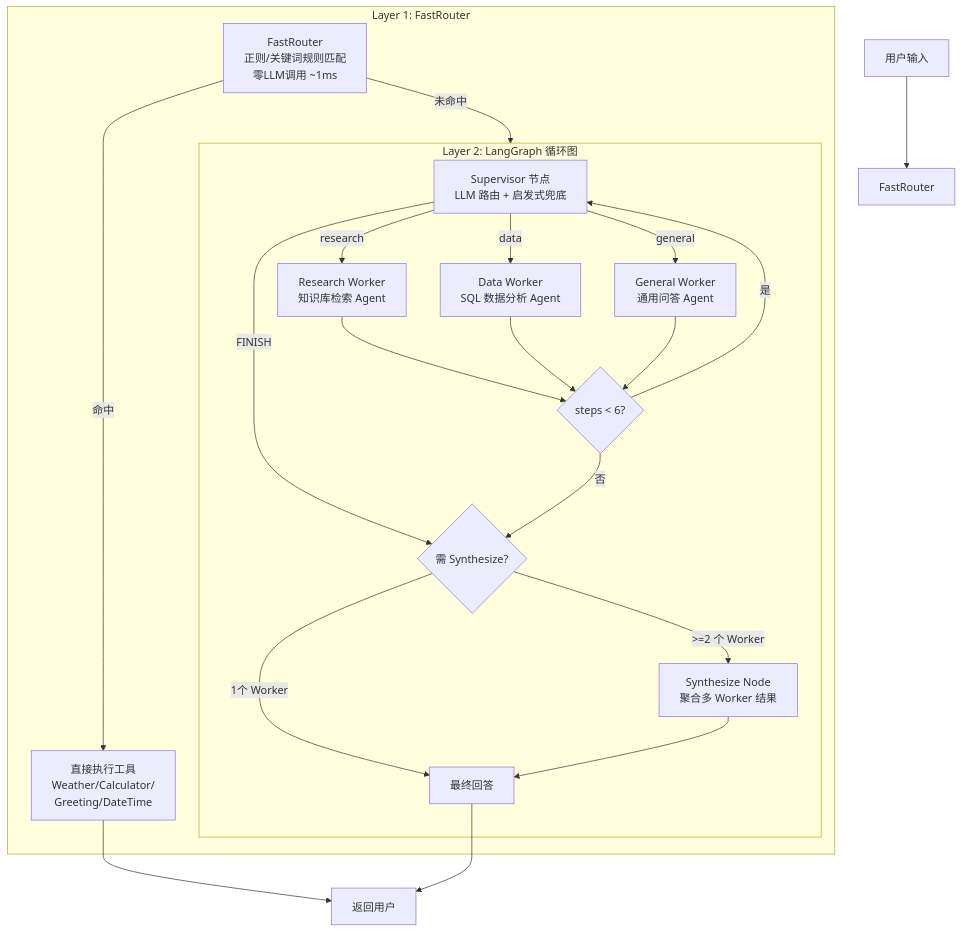
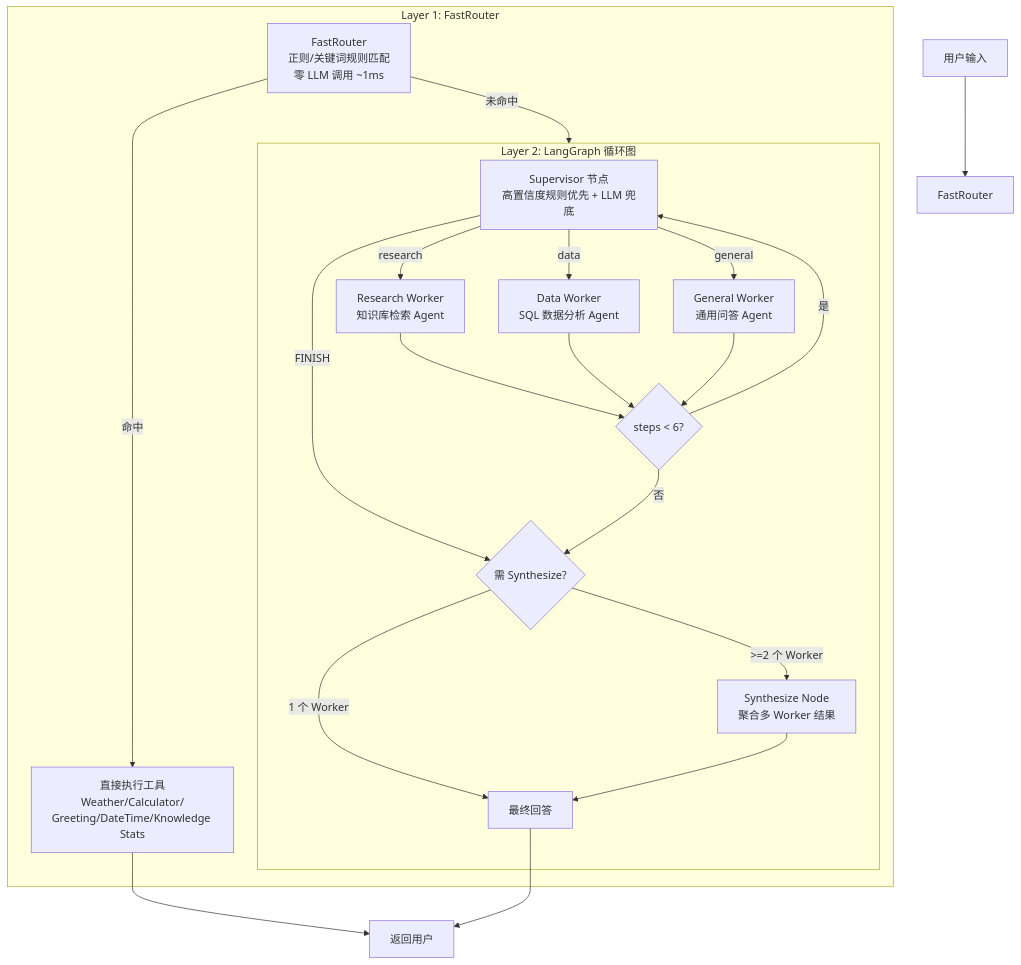
Before and after one commit to 05H-chouwenzi/AI-Agent-Assistant-System: the diagram in README.md, drawn with Mermaid. The commit also changed other lines of this file and 4 other files, not shown here.

````diff
--- a/README.md
+++ b/README.md
@@ -13,28 +15,28 @@
 ```mermaid
 flowchart TD
     USER[用户输入] --> FastRouter
    
     subgraph L1 [Layer 1: FastRouter]
-        FR[FastRouter<br/>正则/关键词规则匹配<br/>零LLM调用 ~1ms] -->|命中| Direct[直接执行工具<br/>Weather/Calculator/<br/>Greeting/DateTime]
-        FR -->|未命中| L2
+        FR[FastRouter<br/>正则/关键词规则匹配<br/>零 LLM 调用 ~1ms] -->|命中| Direct[直接执行工具<br/>Weather/Calculator/<br/>Greeting/DateTime/Knowledge Stats]
+        FR -->|未命中 | L2
     end
    
     subgraph L2 [Layer 2: LangGraph 循环图]
-        Supervisor[Supervisor 节点<br/>LLM 路由 + 启发式兜底] -->|research| R[Research Worker<br/>知识库检索 Agent]
+        Supervisor[Supervisor 节点<br/>高置信度规则优先 + LLM 兜底] -->|research|R[Research Worker<br/>知识库检索 Agent]
         Supervisor -->|data| D[Data Worker<br/>SQL 数据分析 Agent]
         Supervisor -->|general| G[General Worker<br/>通用问答 Agent]
         Supervisor -->|FINISH| Check{需 Synthesize?}
        
         R --> Loop{steps < 6?}
         D --> Loop
         G --> Loop
-        Loop -->|是| Supervisor
-        Loop -->|否| Check
-        Check -->|1个 Worker| Final[最终回答]
+        Loop -->|是 | Supervisor
+        Loop -->|否 | Check
+        Check -->|1 个 Worker| Final[最终回答]
         Check -->|>=2 个 Worker| Syn[Synthesize Node<br/>聚合多 Worker 结果]
         Syn --> Final
     end
    
     Direct --> UserOut[返回用户]
     Final --> UserOut
 ```
````
